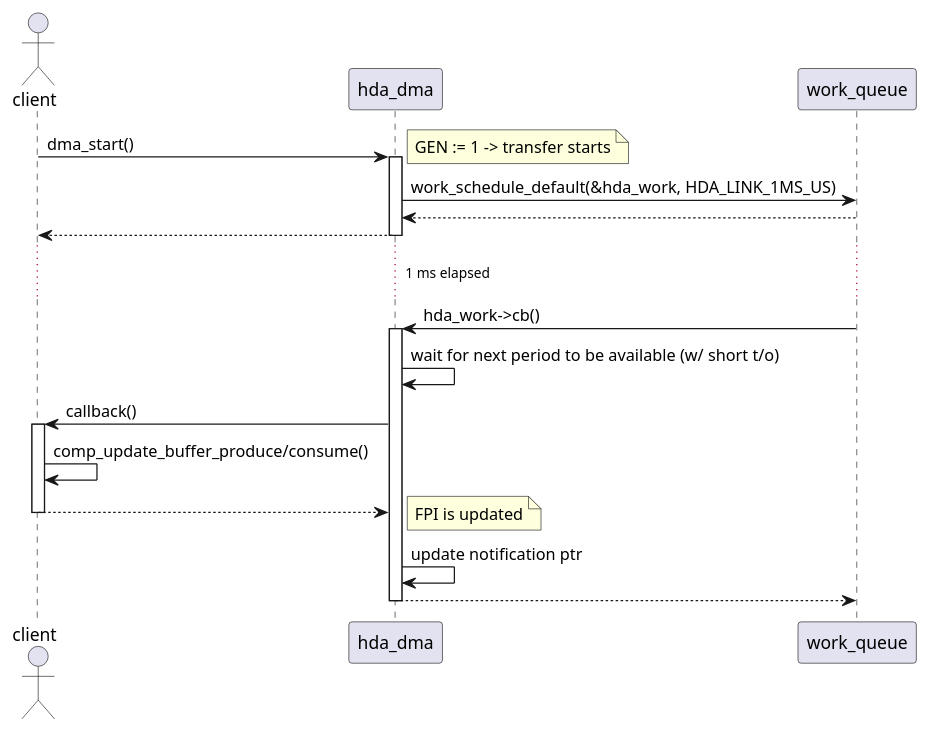
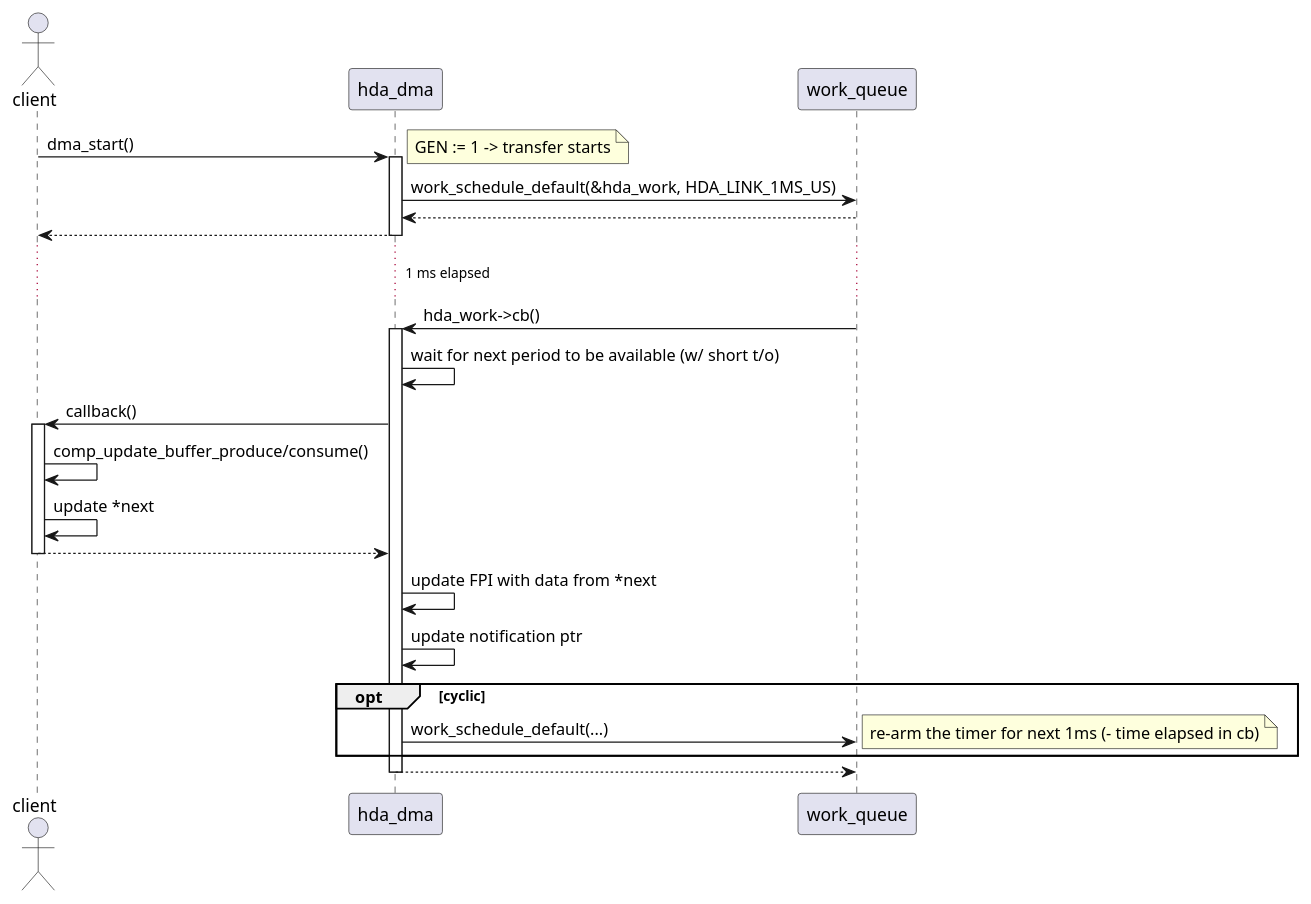
One commit to adamwladzinski/sof-docs changed the diagram in developer_guides/drivers/dma/intel/images/hda-link-period.pu. Above: the diagram before and after it, drawn with PlantUML. The commit also changed 4 other files, not shown here.

Commit message:
doc: hda-dma host callback flow simplified.

```diff
--- a/developer_guides/drivers/dma/intel/images/hda-link-period.pu
+++ b/developer_guides/drivers/dma/intel/images/hda-link-period.pu
@@ -1,31 +1,36 @@
 actor client
 participant hda_dma
 participant work_queue
 
 client -> hda_dma : dma_start()
 	activate hda_dma
 	note right: GEN := 1 -> transfer starts
 
 	hda_dma -> work_queue : work_schedule_default(&hda_work, HDA_LINK_1MS_US)
 	hda_dma <-- work_queue
 client <-- hda_dma
 deactivate hda_dma
 
 ... 1 ms elapsed ...
 
 work_queue -> hda_dma : hda_work->cb()
 	activate hda_dma
 	hda_dma -> hda_dma : wait for next period to be available (w/ short t/o)
 
 	hda_dma -> client : callback()
 		activate client
 		client -> client : comp_update_buffer_produce/consume()
+		client -> client : update *next
 	hda_dma <-- client
 	deactivate client
 
-	note right: FPI is updated
+	hda_dma -> hda_dma : update FPI with data from *next
 
 	hda_dma -> hda_dma : update notification ptr
 
+	opt cyclic
+		hda_dma -> work_queue : work_schedule_default(...)
+		note right: re-arm the timer for next 1ms (- time elapsed in cb)
+	end opt
 work_queue <-- hda_dma
 deactivate hda_dma
```
